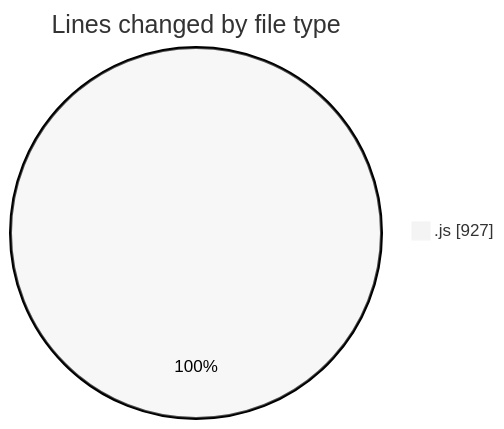
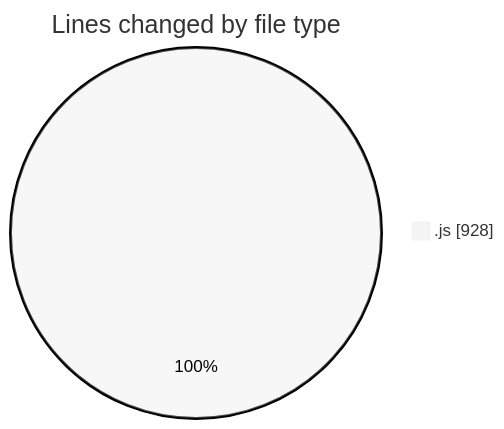
Before and after one commit to nxtqubesakshisongat/code-tracking: the first of 2 diagrams in 2025-11-04/nxtqube_webapp/README.md, drawn with Mermaid (neutral theme). The commit also changed other lines of this file and 1 other file, not shown here.

````diff
--- a/2025-11-04/nxtqube_webapp/README.md
+++ b/2025-11-04/nxtqube_webapp/README.md
@@ -23,5 +23,5 @@
 ```mermaid
 pie showData
 title Lines changed by file type
-".js" : 927
+".js" : 928
 ```
````
